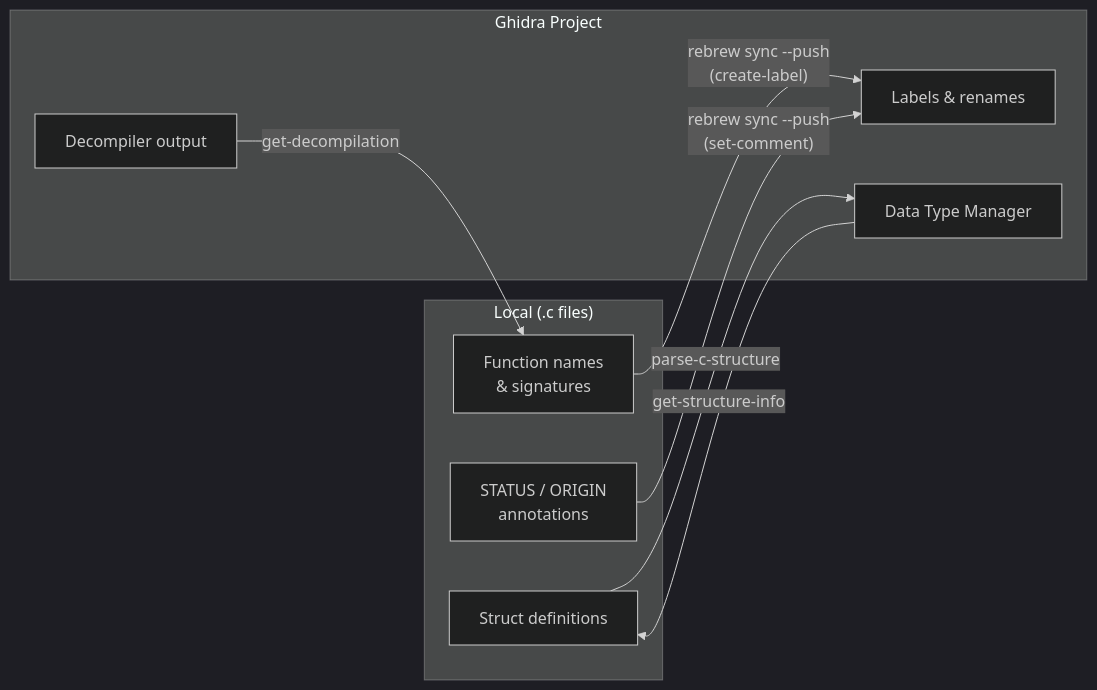
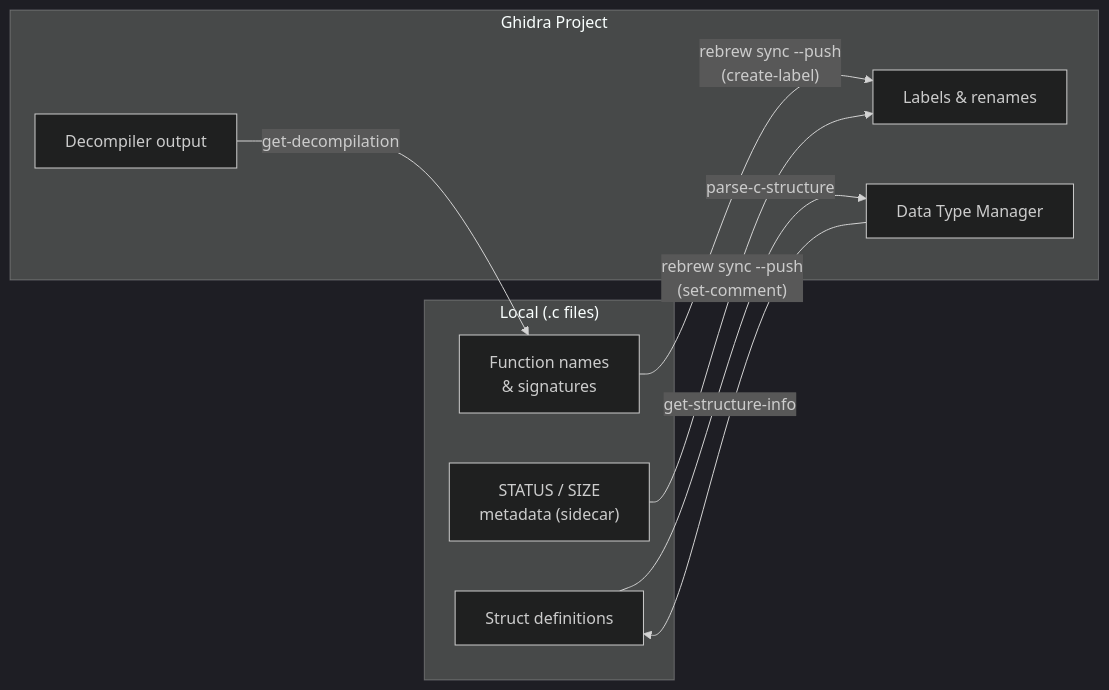
Before and after one commit to maci0/rebrew: the eighth of 16 diagrams in docs/USER_STORIES.md, drawn with Mermaid (dark theme). The commit also changed other lines of this file and 85 other files, not shown here.

````diff
--- a/docs/USER_STORIES.md
+++ b/docs/USER_STORIES.md
@@ -276,20 +275,20 @@
 ```mermaid
 graph LR
     subgraph "Local (.c files)"
         L1["Function names<br/>& signatures"]
         L2["Struct definitions"]
-        L3["STATUS / ORIGIN<br/>annotations"]
+        L3["STATUS / SIZE<br/>metadata (sidecar)"]
     end
 
     subgraph "Ghidra Project"
         G1["Labels & renames"]
         G2["Data Type Manager"]
         G3["Decompiler output"]
     end
 
     L1 -->|"rebrew sync --push<br/>(create-label)"| G1
     L3 -->|"rebrew sync --push<br/>(set-comment)"| G1
     L2 -->|"parse-c-structure"| G2
     G3 -->|"get-decompilation"| L1
     G2 -->|"get-structure-info"| L2
 ```
````
